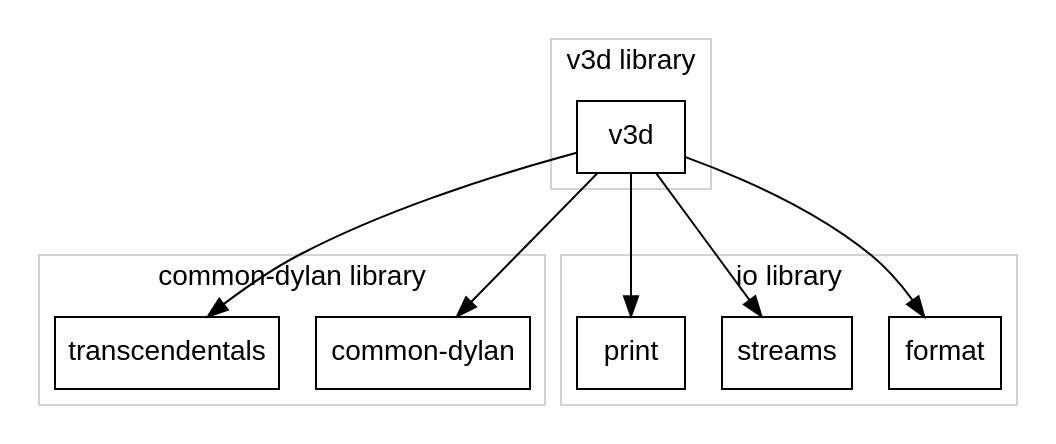
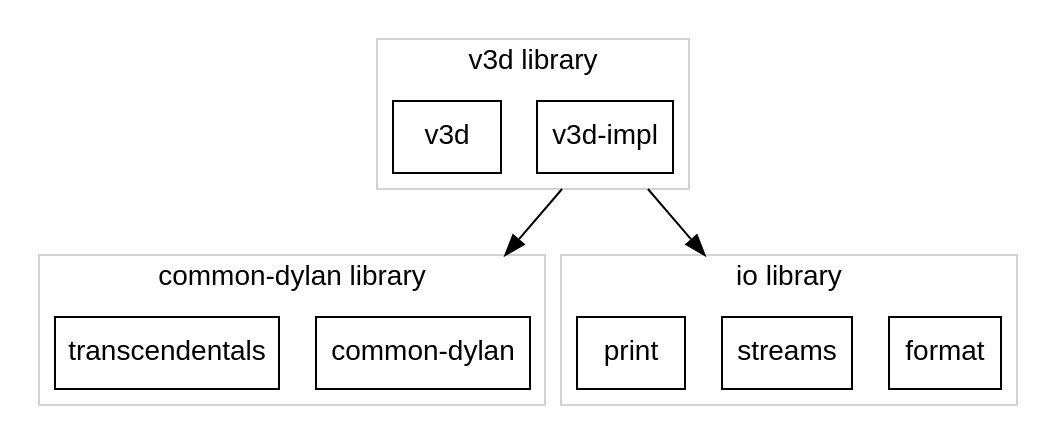
Before and after one commit to fraya/v3d: the diagram in documentation/source/index.rst, drawn with Graphviz. The commit also changed other lines of this file and 3 other files, not shown here.

```diff
--- a/documentation/source/index.rst
+++ b/documentation/source/index.rst
@@ -68,36 +53,39 @@
 .. graphviz::
    :caption: Libraries and modules used
 
    digraph G {
-	 fontname="Helvetica,Arial,sans-serif";
+         bgcolor="#00000000";
+	 graph [compound=true];
+	 fontname = "Helvetica,Arial,sans-serif";
 	 node [fontname="Helvetica,Arial,sans-serif";shape=box;]
 	 edge [fontname="Helvetica,Arial,sans-serif"]
-	 ranksep=1.0;
+	 ranksep = 1.0;
 	
 	 subgraph cluster_v3d {
 	   color=lightgrey;
 	   label="v3d library";
+	   "v3d-impl";
 	   v3d;
 	 };
 	
-	 subgraph cluster_common_dylan {
+	 subgraph cluster_cd {
 	   color=lightgrey;
 	   label="common-dylan library";
+	   rank = same;
+	   rankdir = LR;
 	   "common-dylan";
 	   transcendentals;
-	 };
+         };
 	
-     subgraph cluster_io {
-       color=lightgrey;
+         subgraph cluster_io {
+           color=lightgrey;
 	   label="io library";
+	   rank = same;
 	   format;
 	   streams;
 	   print;
 	 };
-	
-	 v3d -> format;
-	 v3d -> streams;
-	 v3d -> print;
-	 v3d -> "common-dylan";
-	 v3d -> transcendentals;
+
+	 "v3d-impl" -> streams         [ltail=cluster_v3d, lhead=cluster_io];
+	 "v3d-impl" -> "common-dylan"  [ltail=cluster_v3d, lhead=cluster_cd];
     }
```
